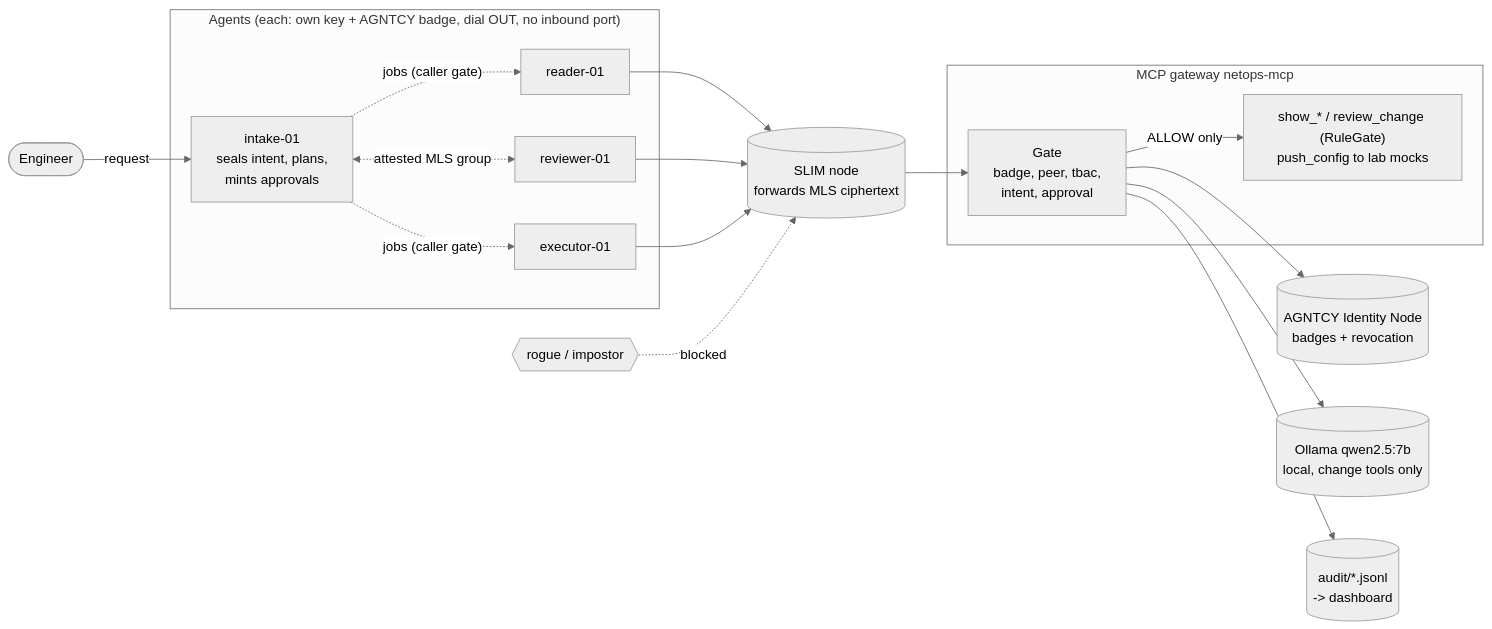
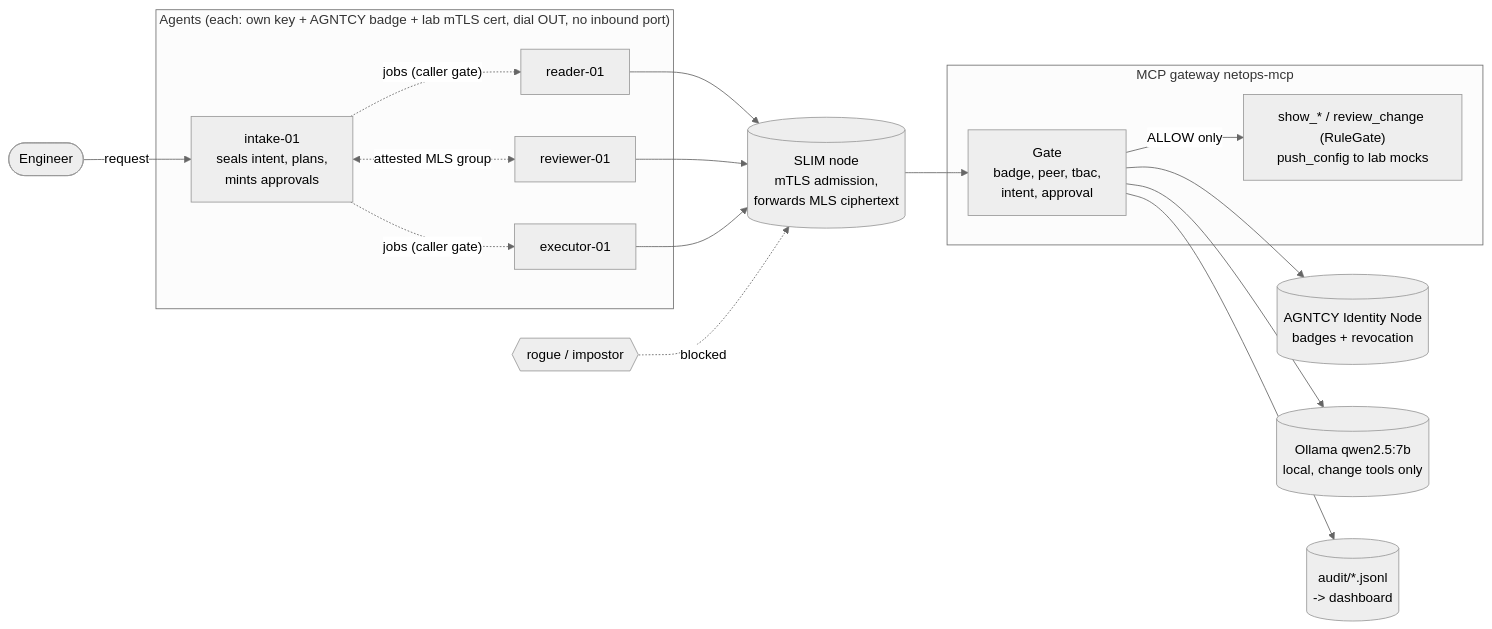
The first of 3 diagrams in README.md (natrajexplore/Agntcy_TrustSec), drawn with Mermaid (neutral theme) before and after one commit. The commit also changed other lines of this file, not shown here.

````diff
--- a/README.md
+++ b/README.md
@@ -66,36 +90,36 @@
 ```mermaid
 flowchart LR
     eng(["Engineer"]) -->|request| intake
 
-    subgraph agents["Agents (each: own key + AGNTCY badge, dial OUT, no inbound port)"]
+    subgraph agents["Agents (each: own key + AGNTCY badge + lab mTLS cert, dial OUT, no inbound port)"]
         intake["intake-01<br/>seals intent, plans,<br/>mints approvals"]
         reader["reader-01"]
         reviewer["reviewer-01"]
         executor["executor-01"]
     end
     rogue{{"rogue / impostor"}}
 
-    slim[("SLIM node<br/>forwards MLS ciphertext")]
+    slim[("SLIM node<br/>mTLS admission,<br/>forwards MLS ciphertext")]
 
     subgraph gw["MCP gateway netops-mcp"]
         gate["Gate<br/>badge, peer, tbac,<br/>intent, approval"]
         tools["show_* / review_change (RuleGate)<br/>push_config to lab mocks"]
         gate -->|ALLOW only| tools
     end
 
     idn[("AGNTCY Identity Node<br/>badges + revocation")]
     llm[("Ollama qwen2.5:7b<br/>local, change tools only")]
     audit[("audit/*.jsonl<br/>-> dashboard")]
 
     intake -. "jobs (caller gate)" .-> reader
     intake -. "jobs (caller gate)" .-> executor
     intake <-. "attested MLS group" .-> reviewer
     reader --> slim
     reviewer --> slim
     executor --> slim
-    rogue -. blocked .-> slim
+    rogue -. "blocked" .-> slim
     slim --> gate
     gate --> idn
     gate --> llm
     gate --> audit
 ```
````
